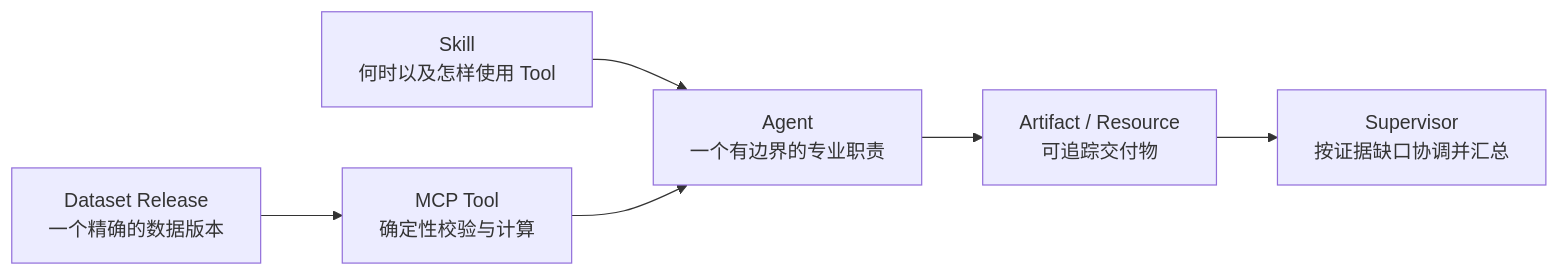
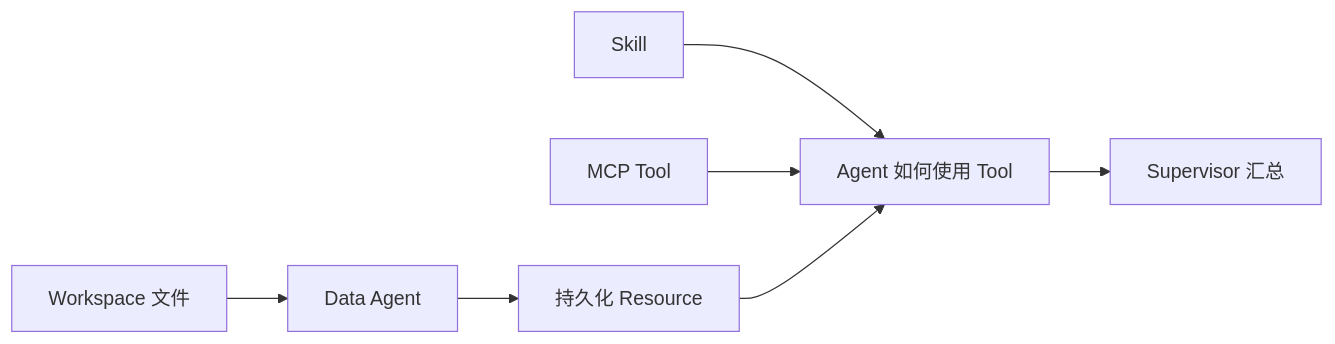
Before and after one commit to JO-WTF/open-web-codex: the diagram in docs/tutorials/README.md, drawn with Mermaid. The commit also changed other lines of this file and 243 other files, not shown here.

````diff
--- a/docs/tutorials/README.md
+++ b/docs/tutorials/README.md
@@ -63,8 +31,9 @@
 ```mermaid
 flowchart LR
-    D["Dataset Release<br/>一个精确的数据版本"] --> T["MCP Tool<br/>确定性校验与计算"]
-    S["Skill<br/>何时以及怎样使用 Tool"] --> A["Agent<br/>一个有边界的专业职责"]
-    T --> A
-    A --> R["Artifact / Resource<br/>可追踪交付物"]
-    R --> P["Supervisor<br/>按证据缺口协调并汇总"]
+  F[Workspace 文件] --> D[Data Agent]
+  D --> R[持久化 Resource]
+  S[Skill] --> A[Agent 如何使用 Tool]
+  T[MCP Tool] --> A
+  R --> A
+  A --> P[Supervisor 汇总]
 ```
````
